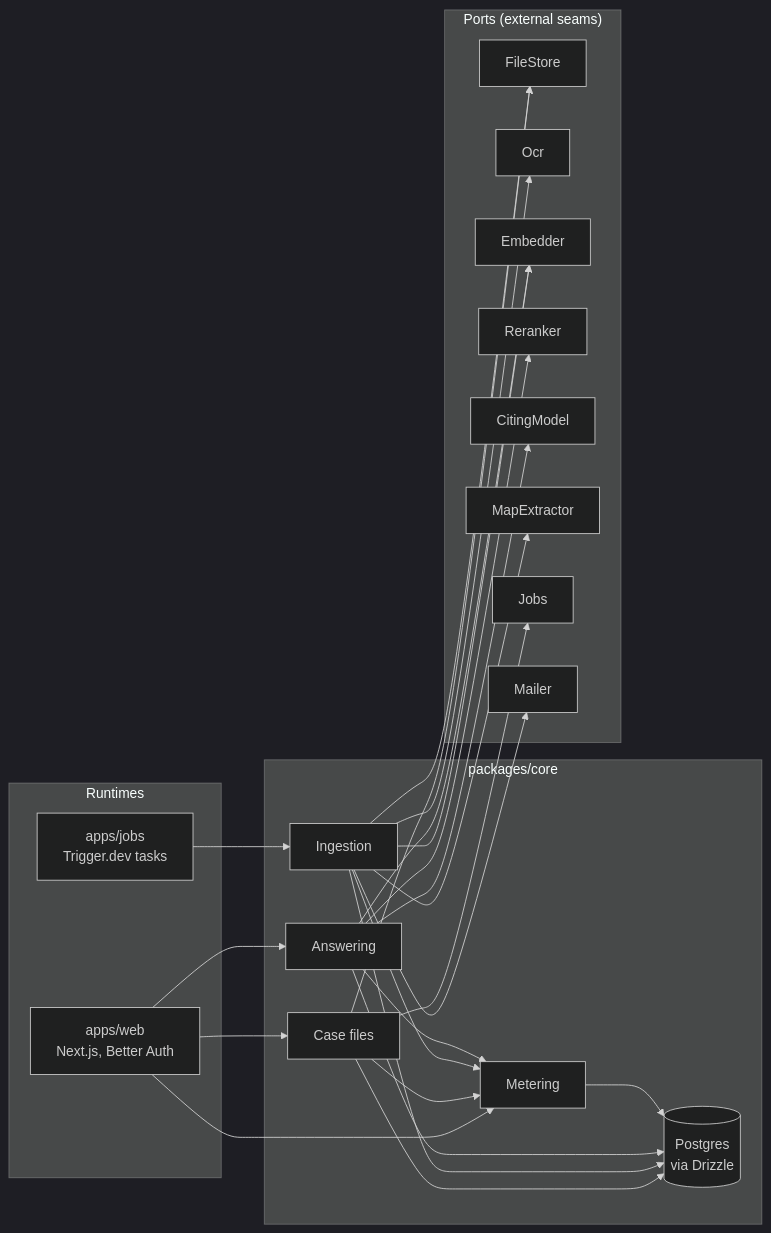
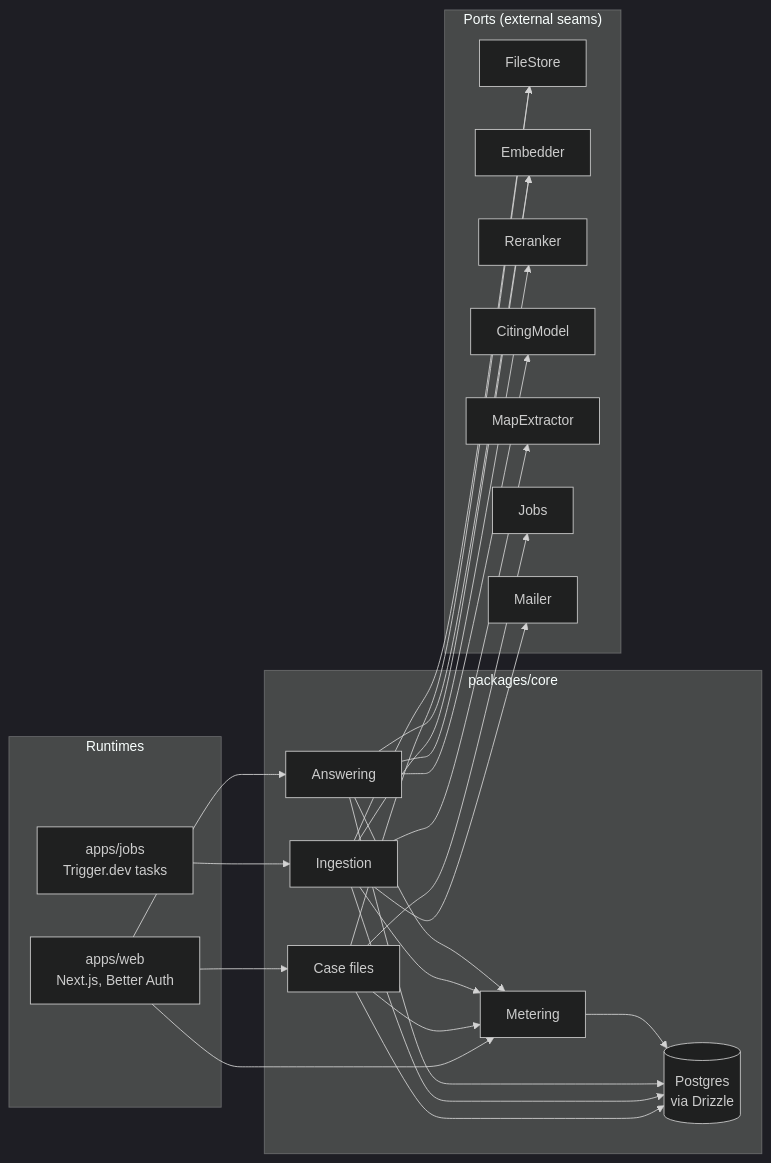
One commit to cleitonbalonekr/consta changed the first of 2 diagrams in docs/architecture.md. Above: the diagram before and after it, drawn with Mermaid (dark theme). The commit also changed other lines of this file and 22 other files, not shown here.

````diff
--- a/docs/architecture.md
+++ b/docs/architecture.md
@@ -9,45 +9,43 @@
 ```mermaid
 flowchart LR
   subgraph Runtimes
     WEB["apps/web<br/>Next.js, Better Auth"]
     JOBS["apps/jobs<br/>Trigger.dev tasks"]
   end
   subgraph Core["packages/core"]
     CF["Case files"]
     ING["Ingestion"]
     ANS["Answering"]
     MET["Metering"]
     DB[("Postgres<br/>via Drizzle")]
   end
   subgraph Ports["Ports (external seams)"]
     FS["FileStore"]
-    OCR["Ocr"]
     EMB["Embedder"]
     RR["Reranker"]
     CM["CitingModel"]
     MX["MapExtractor"]
     JB["Jobs"]
     ML["Mailer"]
   end
   WEB --> CF
   WEB --> ANS
   WEB --> MET
   JOBS --> ING
   CF --> FS
   CF --> JB
   CF --> MET
   ING --> FS
-  ING --> OCR
   ING --> EMB
   ING --> MX
   ING --> MET
   ING --> ML
   ANS --> EMB
   ANS --> RR
   ANS --> CM
   ANS --> MET
   CF --> DB
   ING --> DB
   ANS --> DB
   MET --> DB
 ```
````
